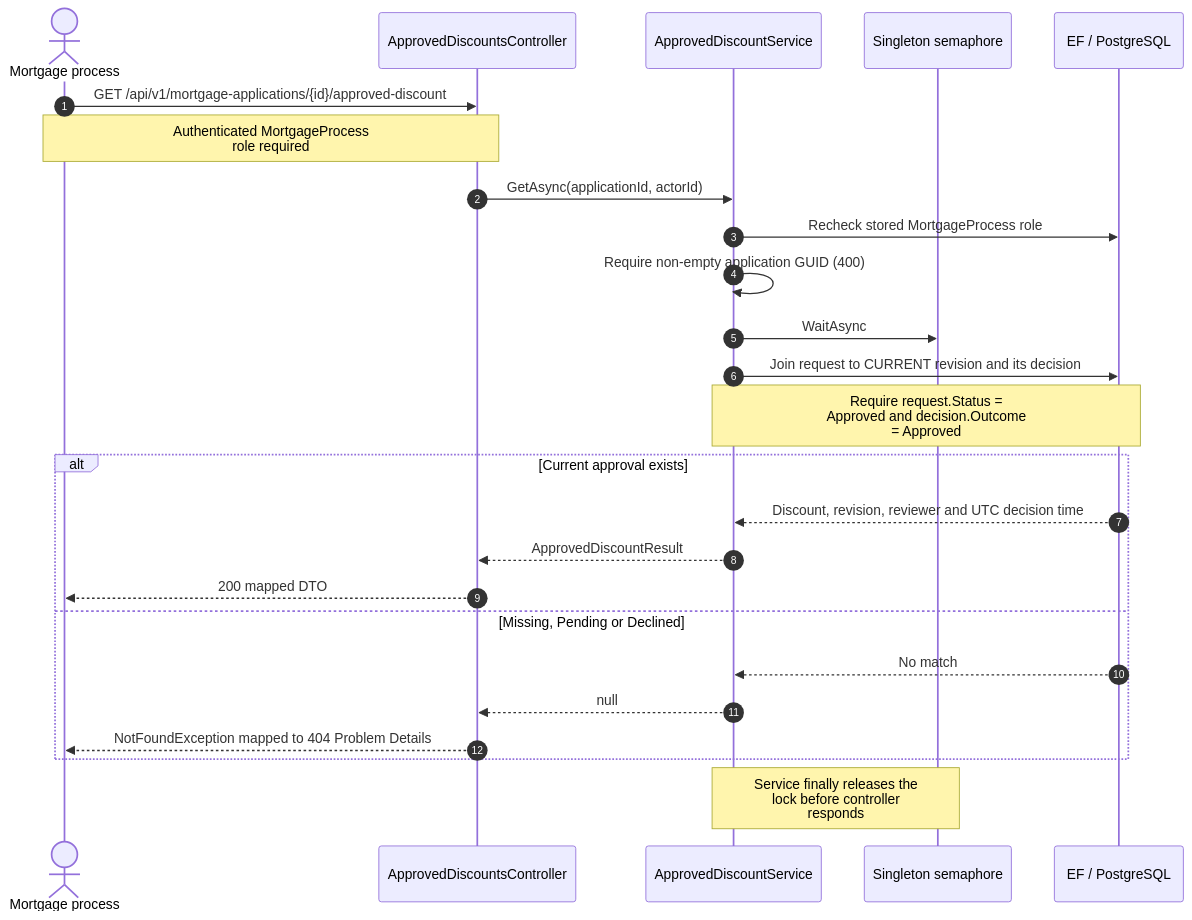
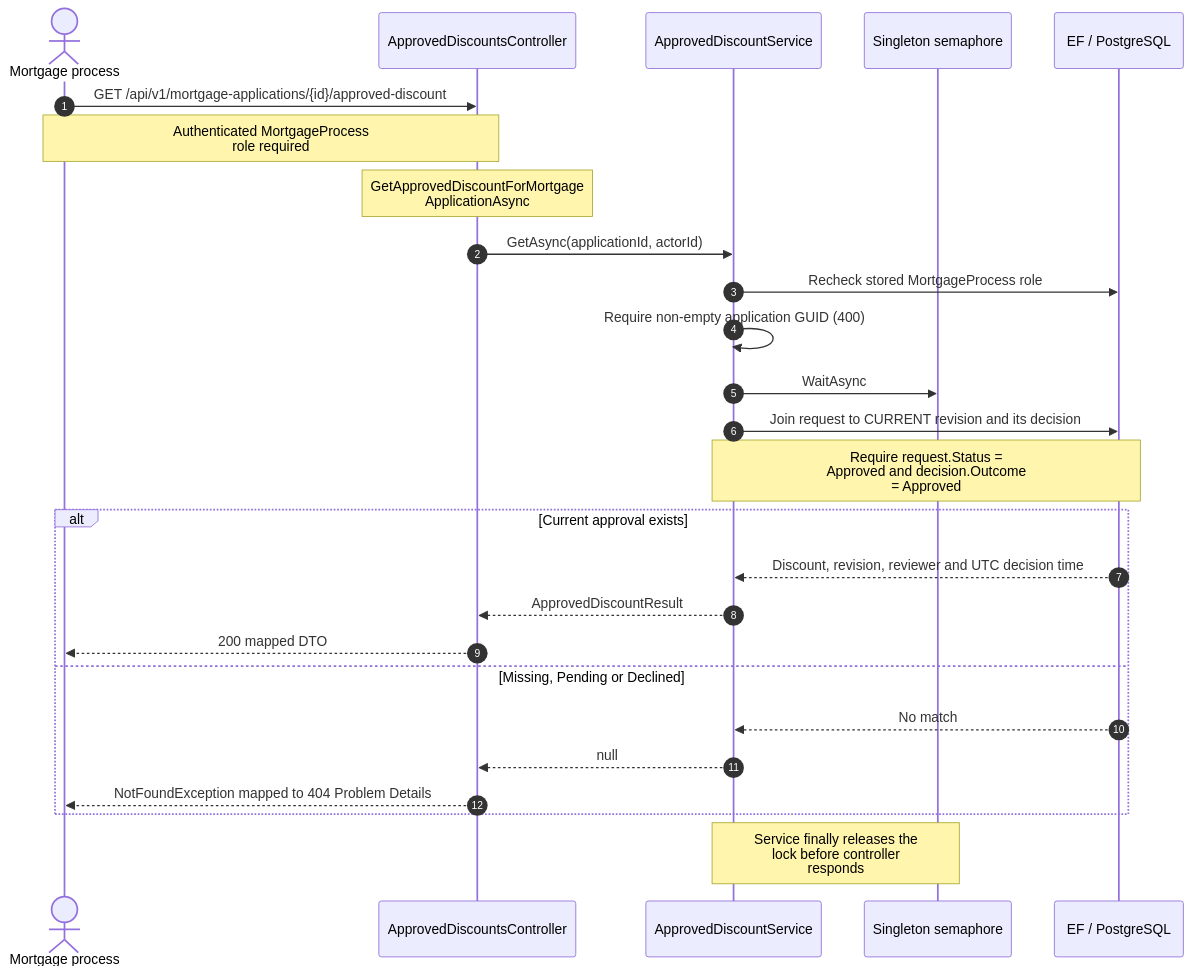
The diagram in Backend/BlueHarvest.PricingExceptions/docs/CurrentImplementation/diagrams/06-approved-discount.mmd (FerdinandGang4/Mortgage-pricing-exception-requests-Application), drawn with Mermaid before and after one commit. The commit also changed 128 other files, not shown here.

```diff
--- a/Backend/BlueHarvest.PricingExceptions/docs/CurrentImplementation/diagrams/06-approved-discount.mmd
+++ b/Backend/BlueHarvest.PricingExceptions/docs/CurrentImplementation/diagrams/06-approved-discount.mmd
@@ -1,25 +1,26 @@
 sequenceDiagram
     autonumber
     actor P as Mortgage process
     participant C as ApprovedDiscountsController
     participant S as ApprovedDiscountService
     participant L as Singleton semaphore
     participant D as EF / PostgreSQL
     P->>C: GET /api/v1/mortgage-applications/{id}/approved-discount
     Note over P,C: Authenticated MortgageProcess<br/>role required
+    Note over C: GetApprovedDiscountForMortgage<br/>ApplicationAsync
     C->>S: GetAsync(applicationId, actorId)
     S->>D: Recheck stored MortgageProcess role
     S->>S: Require non-empty application GUID (400)
     S->>L: WaitAsync
     S->>D: Join request to CURRENT revision and its decision
     Note over S,D: Require request.Status =<br/>Approved and decision.Outcome<br/>= Approved
     alt Current approval exists
         D-->>S: Discount, revision, reviewer and UTC decision time
         S-->>C: ApprovedDiscountResult
         C-->>P: 200 mapped DTO
     else Missing, Pending or Declined
         D-->>S: No match
         S-->>C: null
         C-->>P: NotFoundException mapped to 404 Problem Details
     end
     Note over S,L: Service finally releases the<br/>lock before controller<br/>responds
```
